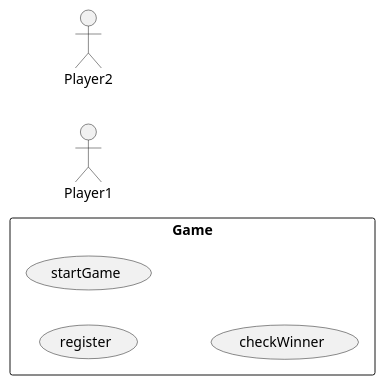
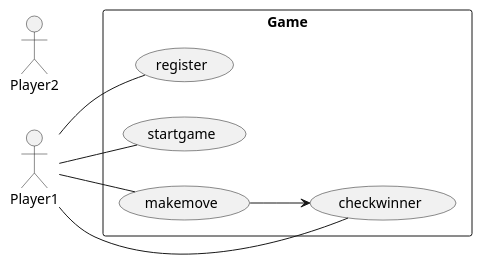
The diagram in static/tictactoe.iuml (NIKHILSHADOW/tictactoe), drawn with PlantUML before and after one commit. The commit also changed 1 other file, not shown here.

```diff
--- a/static/tictactoe.iuml
+++ b/static/tictactoe.iuml
@@ -2,17 +2,27 @@
 @startuml
 
     actor Player1 as p1
     actor Player2 as p2
 
     Rectangle Game {
         left to right direction
 
         usecase register
 
-        usecase startGame
+        usecase startgame
 
-        usecase checkWinner
+        usecase checkwinner
+
+        usecase makemove
     }
+
+    makemove --> checkwinner
+
+    p1 -- register
+    p1 -- startgame
+    p1 -- checkwinner
+    p1 -- makemove
+
 
 
 @enduml
```
